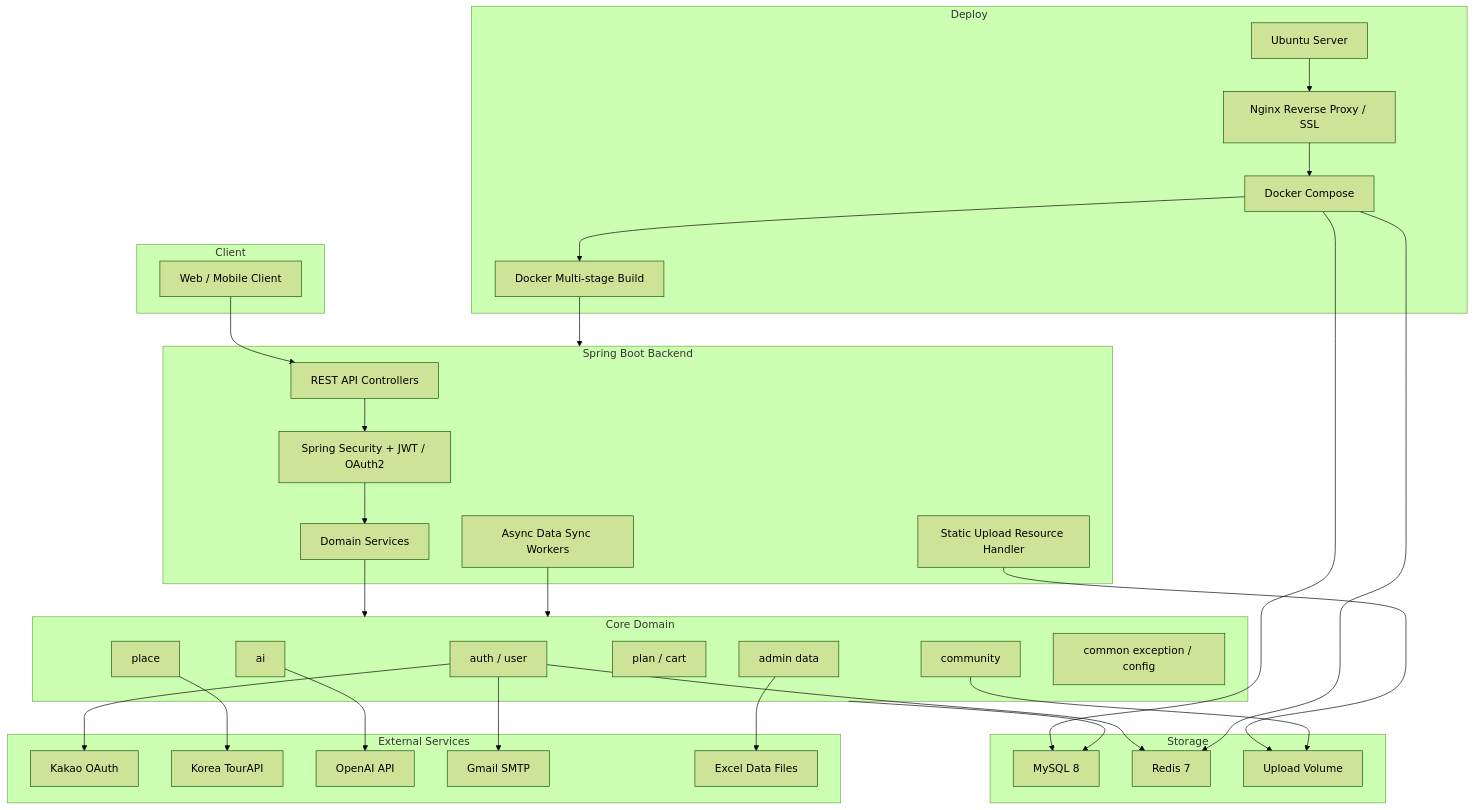
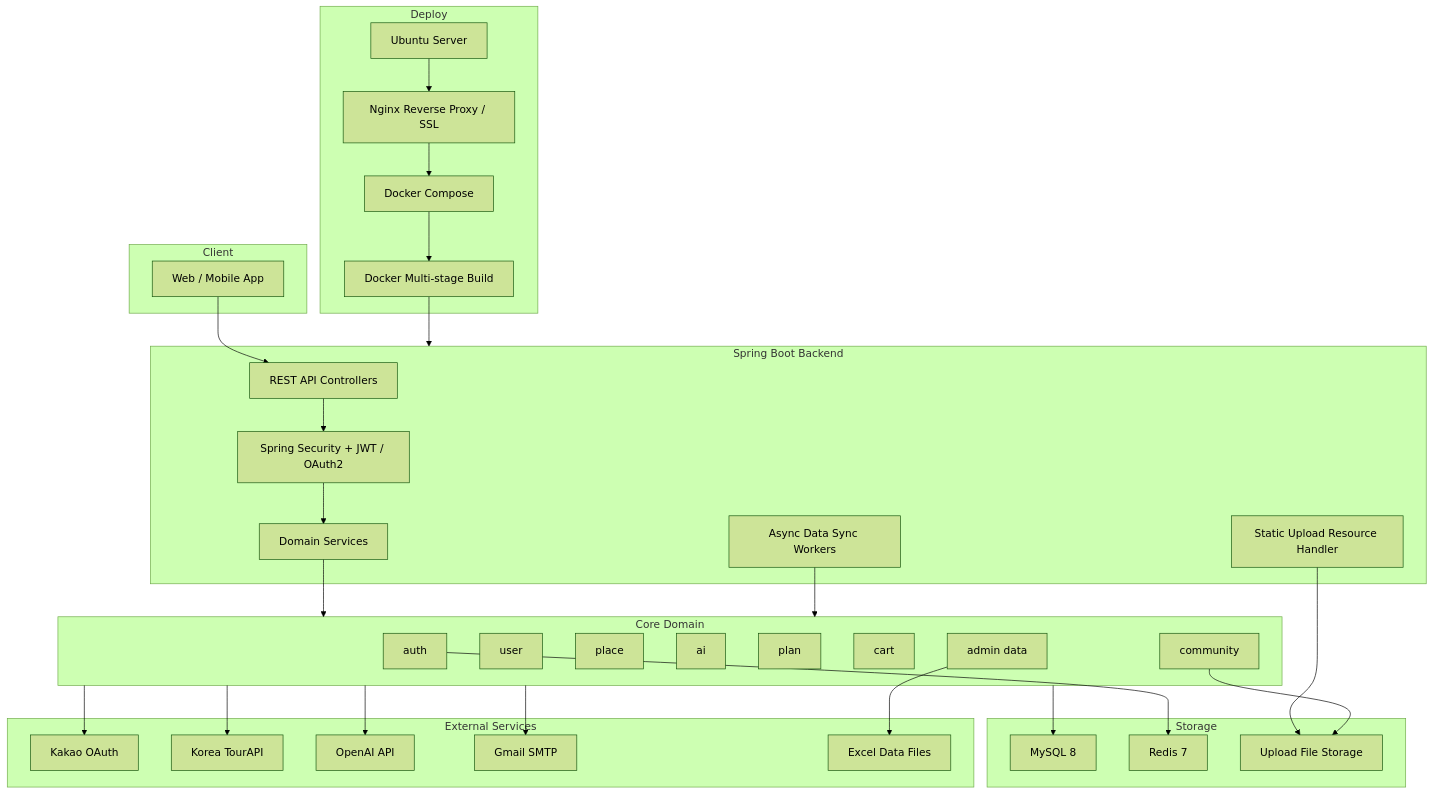
One commit to jaemin-devlog/MoneyWay changed the first of 9 diagrams in README.md. Above: the diagram before and after it, drawn with Mermaid (forest theme). The commit also changed other lines of this file, not shown here.

````diff
--- a/README.md
+++ b/README.md
@@ -11,69 +15,68 @@
 ```mermaid
 flowchart TB
     subgraph Client["Client"]
-        Web["Web / Mobile Client"]
+        App["Web / Mobile App"]
     end
 
     subgraph Backend["Spring Boot Backend"]
         API["REST API Controllers"]
         Security["Spring Security + JWT / OAuth2"]
         Domain["Domain Services"]
-        Async["Async Data Sync Workers"]
+        Workers["Async Data Sync Workers"]
         Static["Static Upload Resource Handler"]
     end
 
     subgraph DomainModules["Core Domain"]
-        Auth["auth / user"]
+        Auth["auth"]
+        User["user"]
         Place["place"]
         AI["ai"]
-        Plan["plan / cart"]
+        Plan["plan"]
+        Cart["cart"]
         Community["community"]
         Admin["admin data"]
-        Common["common exception / config"]
     end
 
     subgraph Storage["Storage"]
         MySQL["MySQL 8"]
         Redis["Redis 7"]
-        Uploads["Upload Volume"]
+        FileStorage["Upload File Storage"]
     end
 
     subgraph External["External Services"]
         Kakao["Kakao OAuth"]
         TourAPI["Korea TourAPI"]
         OpenAI["OpenAI API"]
         Gmail["Gmail SMTP"]
         Excel["Excel Data Files"]
     end
 
     subgraph Deploy["Deploy"]
-        Docker["Docker Multi-stage Build"]
-        Compose["Docker Compose"]
+        Dockerfile["Docker Multi-stage Build"]
+        DockerCompose["Docker Compose"]
         Nginx["Nginx Reverse Proxy / SSL"]
-        Server["Ubuntu Server"]
+        Ubuntu["Ubuntu Server"]
     end
 
-    Web --> API
+    App --> API
     API --> Security
     Security --> Domain
     Domain --> DomainModules
-    Async --> DomainModules
-    Static --> Uploads
+    Workers --> DomainModules
+    Static --> FileStorage
 
     DomainModules --> MySQL
     Auth --> Redis
-    Community --> Uploads
+    Community --> FileStorage
 
-    Auth --> Kakao
-    Auth --> Gmail
-    Place --> TourAPI
+    DomainModules --> Kakao
+    DomainModules --> TourAPI
+    DomainModules --> OpenAI
+    DomainModules --> Gmail
     Admin --> Excel
-    AI --> OpenAI
 
-    Server --> Nginx
-    Nginx --> Compose
-    Compose --> Docker
-    Compose --> MySQL
-    Compose --> Redis
-    Docker --> Backend
+    Ubuntu --> Nginx
+    Nginx --> DockerCompose
+    DockerCompose --> Dockerfile
+    Dockerfile --> Backend
 ```
````
